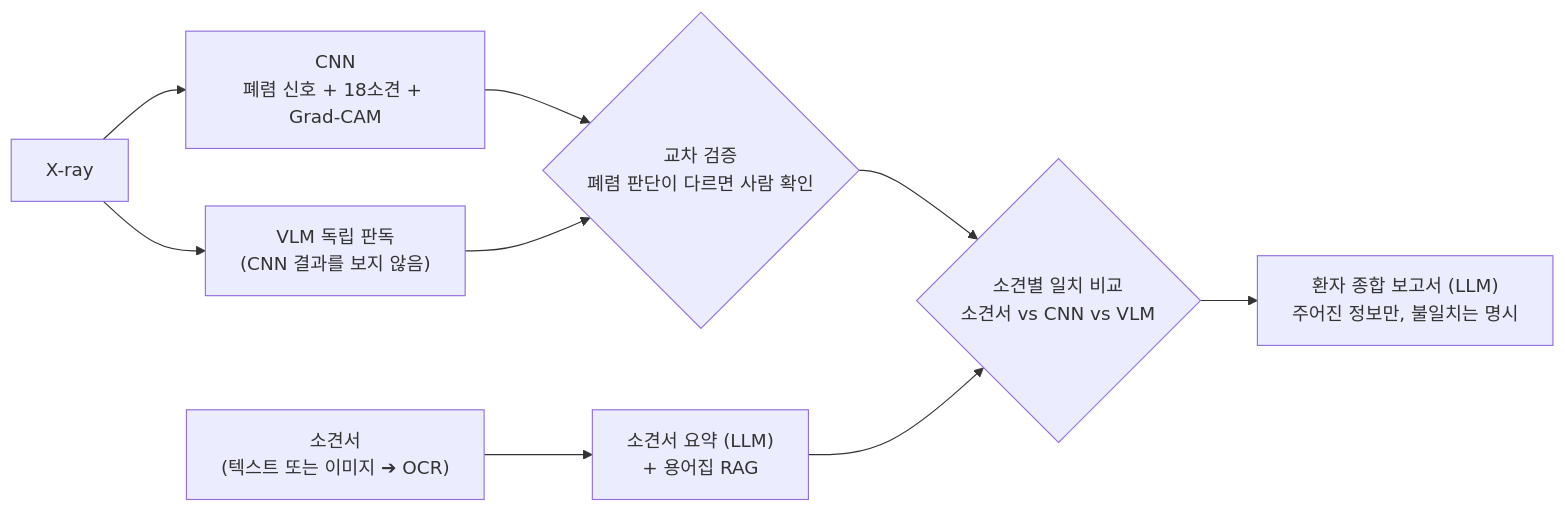
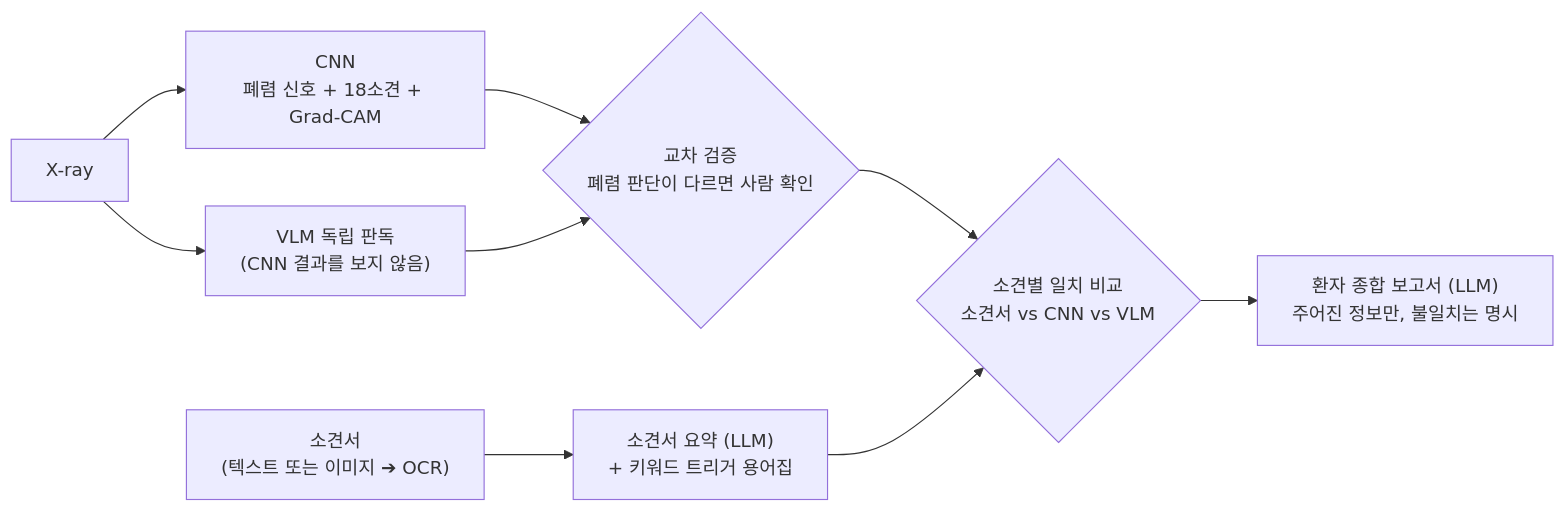
One commit to calm-sea-psy/llm-playground-classifier changed the third of 3 diagrams in docs/architecture.md. Above: the diagram before and after it, drawn with Mermaid. The commit also changed 17 other files, not shown here.

First line of the commit message:
CNN 경계 구간, 용어집 버전 재측정·실행 간 흔들림, 키워드 트리거 용어집 이름

````diff
--- a/docs/architecture.md
+++ b/docs/architecture.md
@@ -73,11 +73,11 @@
 ```mermaid
 flowchart LR
     Xray["X-ray"] --> CnnStep["CNN<br/>폐렴 신호 + 18소견 + Grad-CAM"]
     Xray --> VlmStep["VLM 독립 판독<br/>(CNN 결과를 보지 않음)"]
     CnnStep --> Cross{"교차 검증<br/>폐렴 판단이 다르면 사람 확인"}
     VlmStep --> Cross
-    Report["소견서<br/>(텍스트 또는 이미지 ➔ OCR)"] --> Summary["소견서 요약 (LLM)<br/>+ 용어집 RAG"]
+    Report["소견서<br/>(텍스트 또는 이미지 ➔ OCR)"] --> Summary["소견서 요약 (LLM)<br/>+ 키워드 트리거 용어집"]
     Cross --> Compare{"소견별 일치 비교<br/>소견서 vs CNN vs VLM"}
     Summary --> Compare
     Compare --> Final["환자 종합 보고서 (LLM)<br/>주어진 정보만, 불일치는 명시"]
 ```
````
